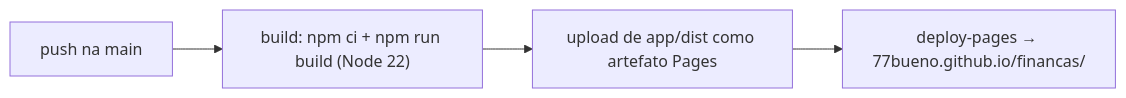
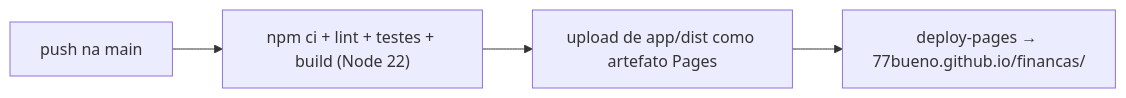
One commit to 77bueno/financas changed the fourth of 4 diagrams in docs/DOCUMENTACAO.md. Above: the diagram before and after it, drawn with Mermaid. The commit also changed other lines of this file and 16 other files, not shown here.

````diff
--- a/docs/DOCUMENTACAO.md
+++ b/docs/DOCUMENTACAO.md
@@ -399,6 +403,6 @@
 ```mermaid
 flowchart LR
-    A[push na main] --> B["build: npm ci + npm run build (Node 22)"]
+    A[push na main] --> B["npm ci + lint + testes + build (Node 22)"]
     B --> C[upload de app/dist como artefato Pages]
     C --> D[deploy-pages → 77bueno.github.io/financas/]
 ```
````
